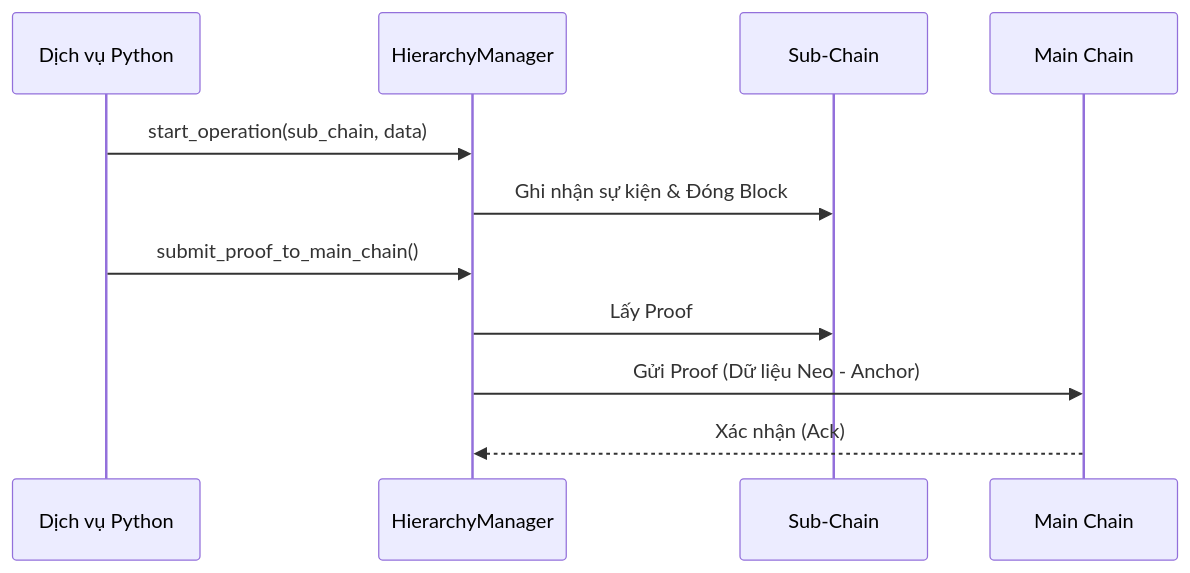
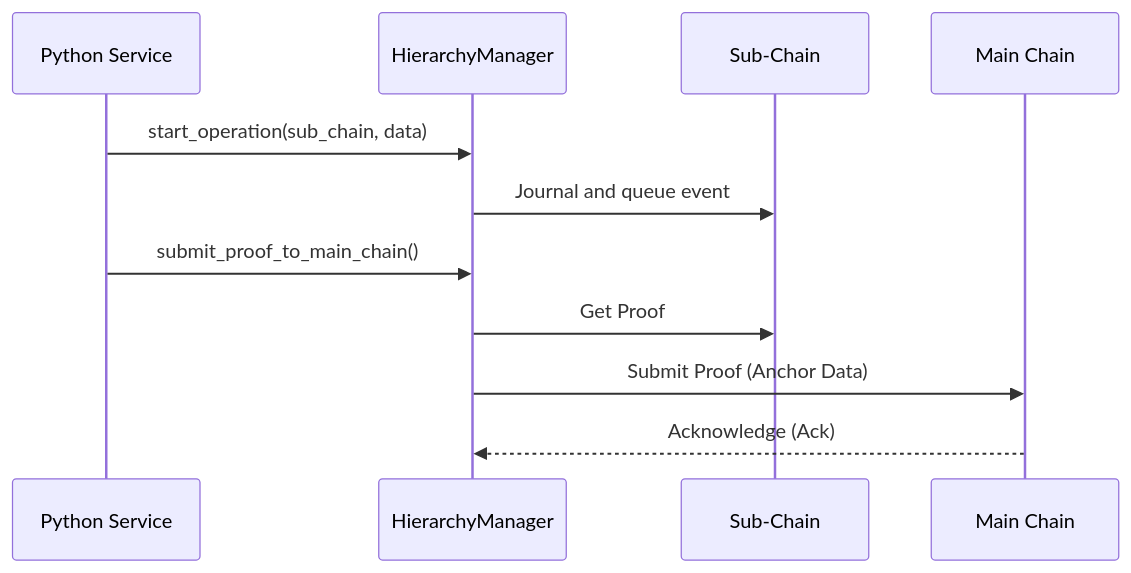
The third of 3 diagrams in docs/vi/how-to/integrate-web2.md (VanDung-dev/HieraChain), drawn with Mermaid before and after one commit. The commit also changed other lines of this file and 158 other files, not shown here.

````diff
--- a/docs/vi/how-to/integrate-web2.md
+++ b/docs/vi/how-to/integrate-web2.md
@@ -131,14 +133,14 @@
 ```mermaid
 sequenceDiagram
-    participant Service as Dịch vụ Python
+    participant Service as Python Service
     participant Manager as HierarchyManager
     participant Sub as Sub-Chain
     participant Main as Main Chain
 
     Service->>Manager: start_operation(sub_chain, data)
-    Manager->>Sub: Ghi nhận sự kiện & Đóng Block
+    Manager->>Sub: Journal and queue event
     Service->>Manager: submit_proof_to_main_chain()
-    Manager->>Sub: Lấy Proof
-    Manager->>Main: Gửi Proof (Dữ liệu Neo - Anchor)
-    Main-->>Manager: Xác nhận (Ack)
+    Manager->>Sub: Get Proof
+    Manager->>Main: Submit Proof (Anchor Data)
+    Main-->>Manager: Acknowledge (Ack)
 ```
````
